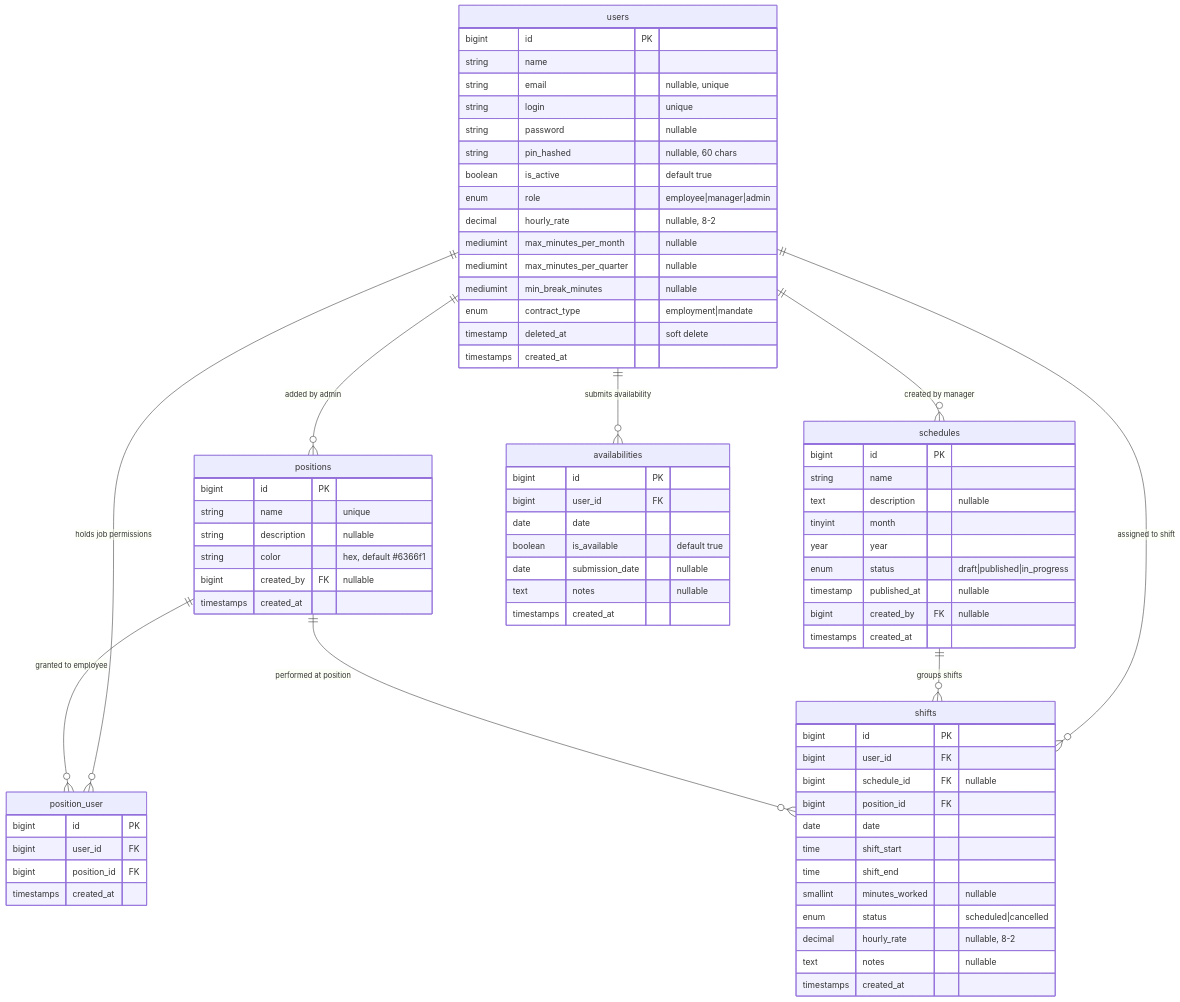
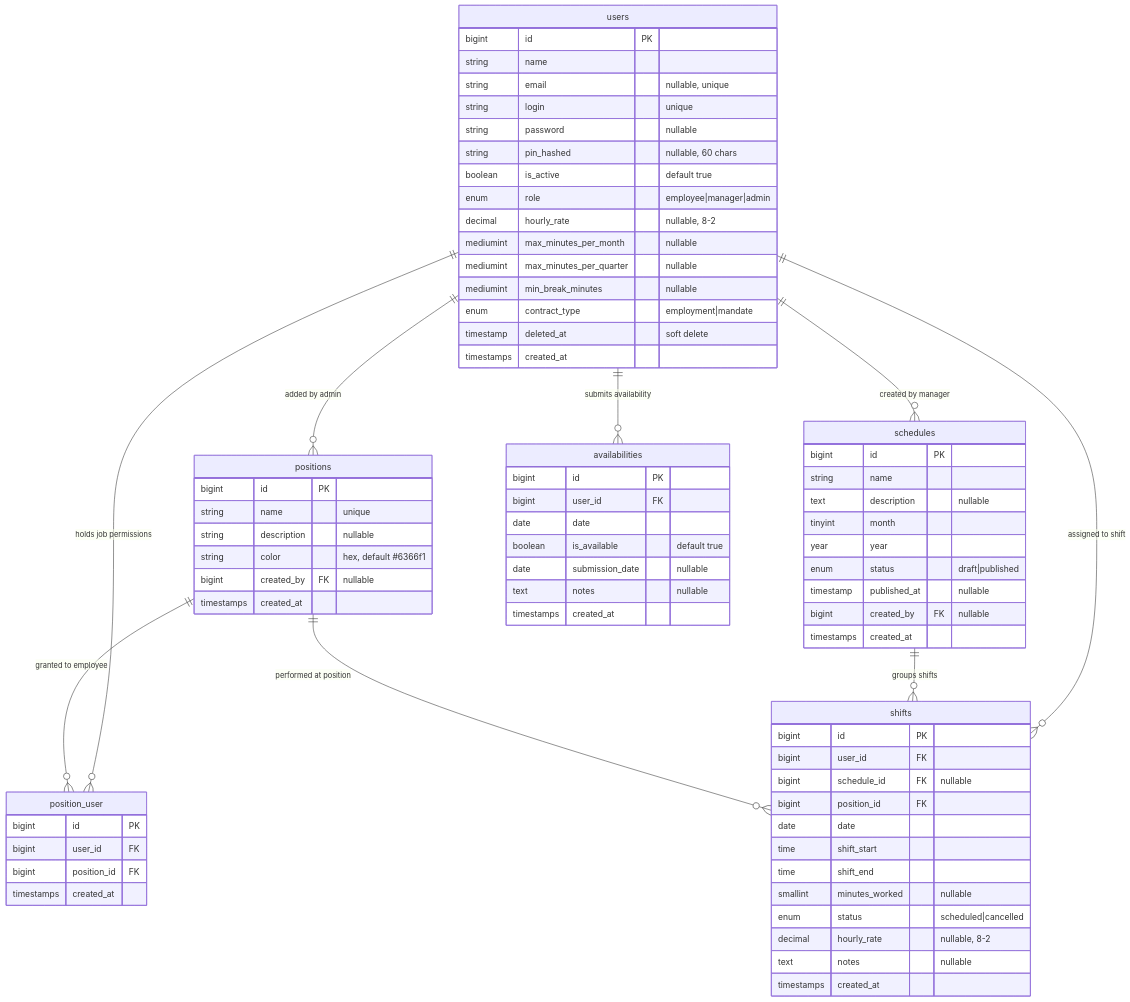
The diagram in README.md (MKabaja/SHIFTFlow), drawn with Mermaid before and after one commit. The commit also changed other lines of this file and 2 other files, not shown here.

````diff
--- a/README.md
+++ b/README.md
@@ -119,82 +119,82 @@
 ```mermaid
 erDiagram
   users {
     bigint id PK
     string name
     string email "nullable, unique"
     string login "unique"
     string password "nullable"
     string pin_hashed "nullable, 60 chars"
     boolean is_active "default true"
     enum role "employee|manager|admin"
     decimal hourly_rate "nullable, 8-2"
     mediumint max_minutes_per_month "nullable"
     mediumint max_minutes_per_quarter "nullable"
     mediumint min_break_minutes "nullable"
     enum contract_type "employment|mandate"
     timestamp deleted_at "soft delete"
     timestamps created_at
   }
 
   positions {
     bigint id PK
     string name "unique"
     string description "nullable"
     string color "hex, default #6366f1"
     bigint created_by FK "nullable"
     timestamps created_at
   }
 
   position_user {
     bigint id PK
     bigint user_id FK
     bigint position_id FK
     timestamps created_at
   }
 
   schedules {
     bigint id PK
     string name
     text description "nullable"
     tinyint month
     year year
-    enum status "draft|published|in_progress"
+    enum status "draft|published"
     timestamp published_at "nullable"
     bigint created_by FK "nullable"
     timestamps created_at
   }
 
   shifts {
     bigint id PK
     bigint user_id FK
     bigint schedule_id FK "nullable"
     bigint position_id FK
     date date
     time shift_start
     time shift_end
     smallint minutes_worked "nullable"
     enum status "scheduled|cancelled"
     decimal hourly_rate "nullable, 8-2"
     text notes "nullable"
     timestamps created_at
   }
 
   availabilities {
     bigint id PK
     bigint user_id FK
     date date
     boolean is_available "default true"
     date submission_date "nullable"
     text notes "nullable"
     timestamps created_at
   }
 
   users ||--o{ position_user : "holds job permissions"
   positions ||--o{ position_user : "granted to employee"
   users ||--o{ shifts : "assigned to shift"
   schedules ||--o{ shifts : "groups shifts"
   positions ||--o{ shifts : "performed at position"
   users ||--o{ availabilities : "submits availability"
   users ||--o{ schedules : "created by manager"
   users ||--o{ positions : "added by admin"
 ```
````
